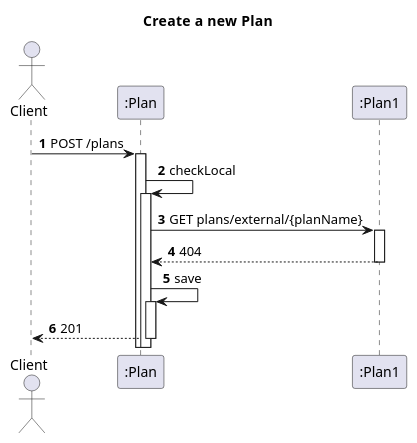
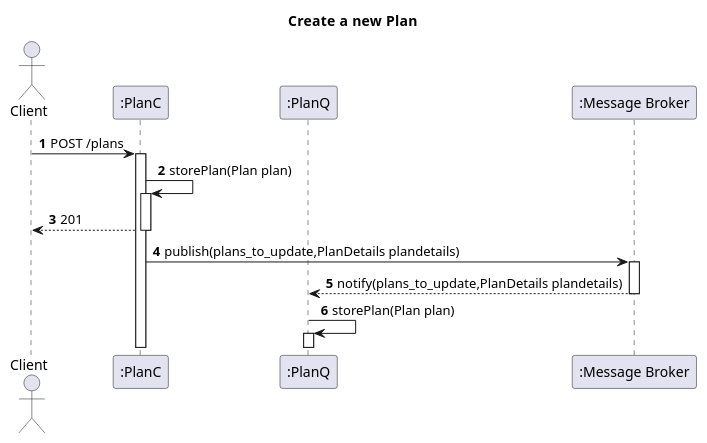
Before and after one commit to IsepMartimOliveira/SIDIS: the diagram in docs_sidis/Segunda_Avalição/Plans/Vista_Logica/N2/N2_Create_Plan.puml, drawn with PlantUML. The commit also changed 6 other files, not shown here.

```diff
--- a/docs_sidis/Segunda_Avalição/Plans/Vista_Logica/N2/N2_Create_Plan.puml
+++ b/docs_sidis/Segunda_Avalição/Plans/Vista_Logica/N2/N2_Create_Plan.puml
@@ -1,29 +1,33 @@
 @startuml
 'https://plantuml.com/sequence-diagram
 autoactivate on
 autonumber
 title  Create  a new Plan
 
 autonumber
 
 actor "Client" as Ac
-participant ":Plan" as Auth
-participant ":Plan1" as Serv
+participant ":PlanC" as Auth
+participant ":PlanQ" as Serv
+
+participant ":Message Broker" as Broker
 
 
 Ac->Auth:POST /plans
-Auth->Auth:checkLocal
-Auth->Serv: GET plans/external/{planName}
-Serv-->Auth:404
-Auth->Auth:save
+Auth->Auth:storePlan(Plan plan)
 Auth-->Ac:201
+Auth->Broker: publish(plans_to_update,PlanDetails plandetails)
+Broker-->Serv:notify(plans_to_update,PlanDetails plandetails)
+Serv->Serv:storePlan(Plan plan)
+
+
 
 
 
 
 
 
 
 
 
 @enduml
```
